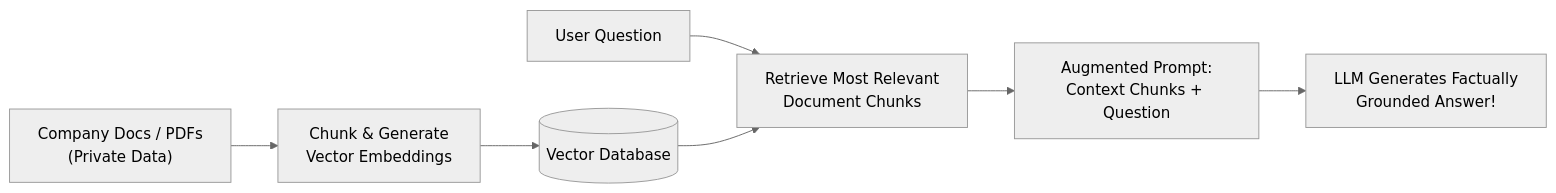
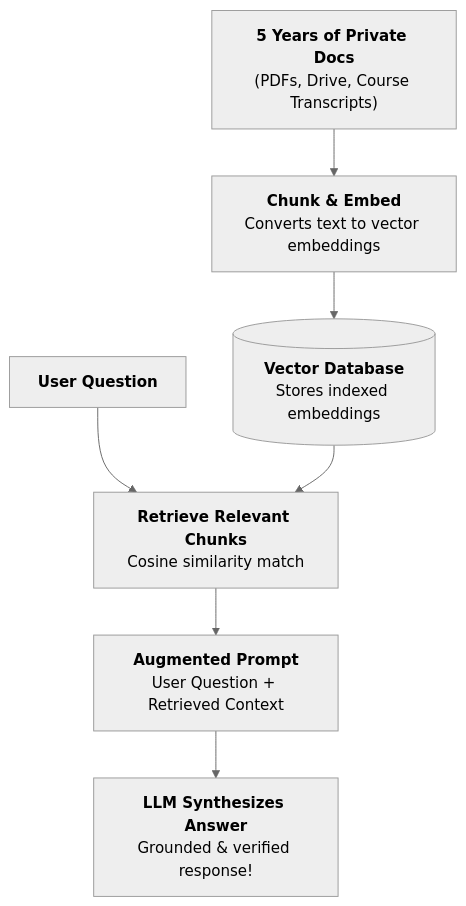
Before and after one commit to Nishant8826/theory-leaning: the fourth of 4 diagrams in Nameste-AI/Season_01/02_Does_ChatGPT_Know_or_Does_It_Guess.md, drawn with Mermaid (neutral theme). The commit also changed other lines of this file and 7 other files, not shown here.

````diff
--- a/Nameste-AI/Season_01/02_Does_ChatGPT_Know_or_Does_It_Guess.md
+++ b/Nameste-AI/Season_01/02_Does_ChatGPT_Know_or_Does_It_Guess.md
@@ -308,9 +377,9 @@
 ```mermaid
-flowchart LR
-    A["Company Docs / PDFs\n(Private Data)"] --> B["Chunk & Generate\nVector Embeddings"]
-    B --> C[("Vector Database")]
-    D["User Question"] --> E["Retrieve Most Relevant\nDocument Chunks"]
+flowchart TD
+    A["<b>5 Years of Private Docs</b><br/>(PDFs, Drive, Course Transcripts)"] --> B["<b>Chunk & Embed</b><br/>Converts text to vector embeddings"]
+    B --> C[("<b>Vector Database</b><br/>Stores indexed embeddings")]
+    D["<b>User Question</b>"] --> E["<b>Retrieve Relevant Chunks</b><br/>Cosine similarity match"]
     C --> E
-    E --> F["Augmented Prompt:\nContext Chunks + Question"]
-    F --> G["LLM Generates Factually\nGrounded Answer!"]
+    E --> F["<b>Augmented Prompt</b><br/>User Question + Retrieved Context"]
+    F --> G["<b>LLM Synthesizes Answer</b><br/>Grounded & verified response!"]
 ```
````
